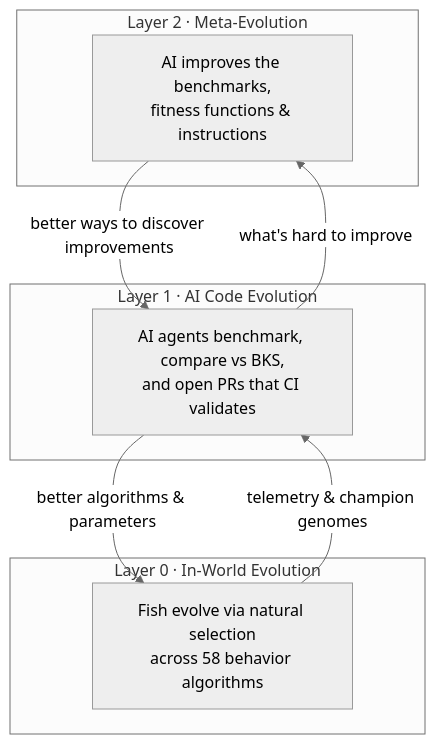
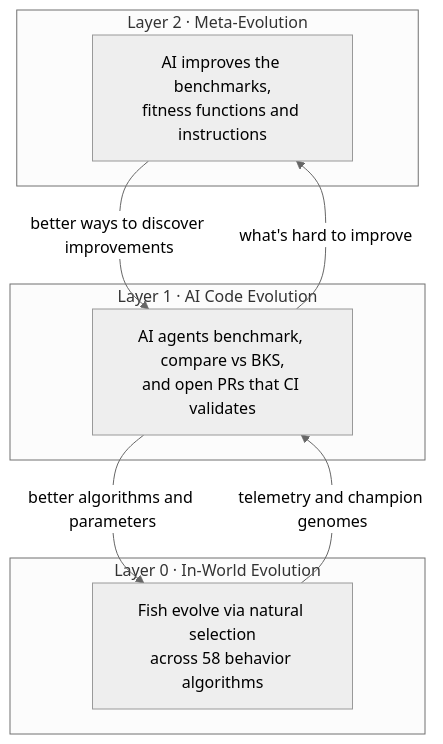
One commit to mbolaris/tank changed the first of 2 diagrams in README.md. Above: the diagram before and after it, drawn with Mermaid (neutral theme).

Commit message:
docs: harden README Mermaid labels (avoid & in node/edge text)
https://claude.ai/code/session_01EVh3JZFE3wxHFvXXDYatNc

````diff
--- a/README.md
+++ b/README.md
@@ -36,16 +36,16 @@
 ```mermaid
 flowchart TB
     subgraph L2["Layer 2 · Meta-Evolution"]
-        M[AI improves the benchmarks,<br/>fitness functions & instructions]
+        M[AI improves the benchmarks,<br/>fitness functions and instructions]
     end
     subgraph L1["Layer 1 · AI Code Evolution"]
         A[AI agents benchmark, compare vs BKS,<br/>and open PRs that CI validates]
     end
     subgraph L0["Layer 0 · In-World Evolution"]
         F[Fish evolve via natural selection<br/>across 58 behavior algorithms]
     end
     M -->|better ways to discover improvements| A
-    A -->|better algorithms & parameters| F
-    F -->|telemetry & champion genomes| A
+    A -->|better algorithms and parameters| F
+    F -->|telemetry and champion genomes| A
     A -->|what's hard to improve| M
 ```
````
